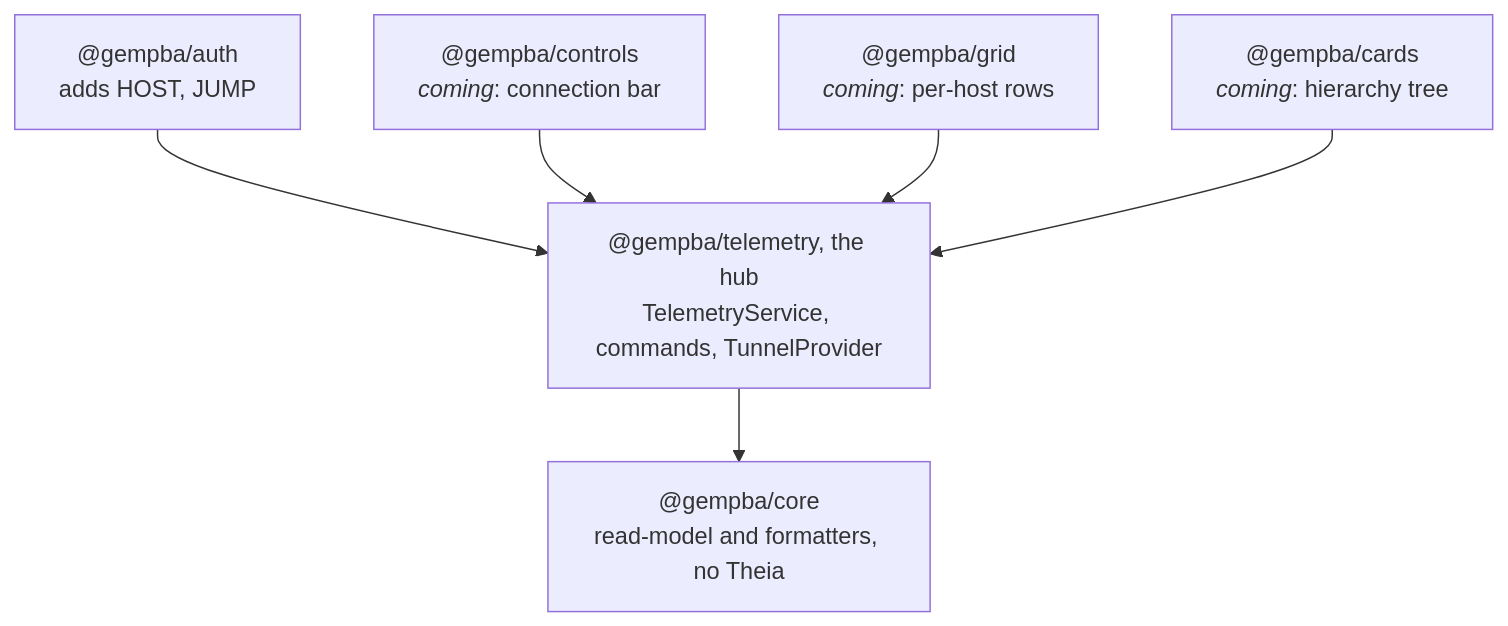
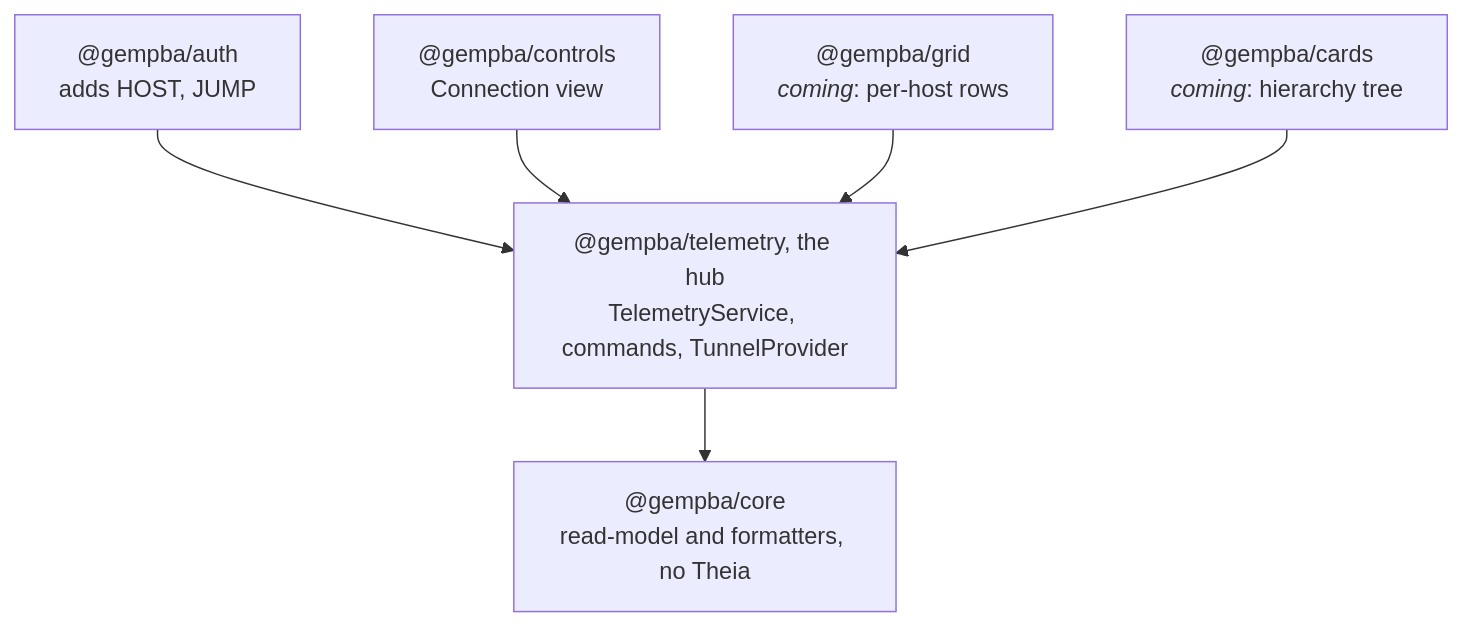
Before and after one commit to rapastranac/gempba-dashboard: the third of 3 diagrams in ARCHITECTURE.md, drawn with Mermaid. The commit also changed other lines of this file, not shown here.

First line of the commit message:
#27 Document the controls extension in ARCHITECTURE.md

````diff
--- a/ARCHITECTURE.md
+++ b/ARCHITECTURE.md
@@ -129,14 +137,14 @@
 ```mermaid
 flowchart TB
     auth["@gempba/auth<br/>adds HOST, JUMP"]
-    controls["@gempba/controls<br/><i>coming</i>: connection bar"]
+    controls["@gempba/controls<br/>Connection view"]
     grid["@gempba/grid<br/><i>coming</i>: per-host rows"]
     cards["@gempba/cards<br/><i>coming</i>: hierarchy tree"]
     telemetry["@gempba/telemetry, the hub<br/>TelemetryService, commands, TunnelProvider"]
     core["@gempba/core<br/>read-model and formatters, no Theia"]
     auth --> telemetry
     controls --> telemetry
     grid --> telemetry
     cards --> telemetry
     telemetry --> core
 ```
````
